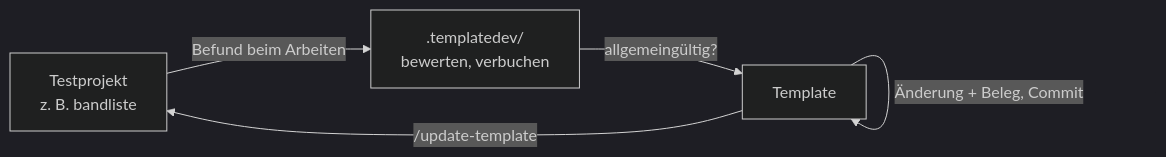
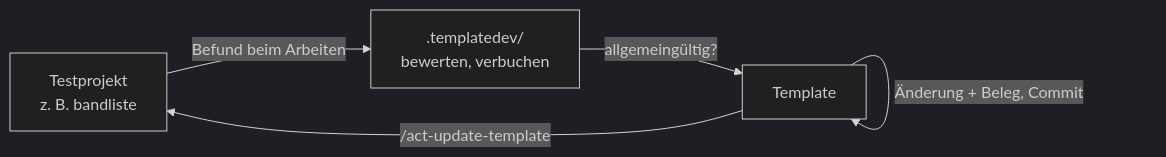
Before and after one commit to wrufeger/agentic-coding-template: the diagram in .templatedev/regeln.md, drawn with Mermaid (dark theme). The commit also changed other lines of this file and 85 other files, not shown here.

````diff
--- a/.templatedev/regeln.md
+++ b/.templatedev/regeln.md
@@ -21,7 +21,7 @@
 ```mermaid
 flowchart LR
     T[Testprojekt<br/>z. B. bandliste] -->|Befund beim Arbeiten| D[".templatedev/<br/>bewerten, verbuchen"]
     D -->|allgemeingültig?| P[Template]
     P -->|Änderung + Beleg, Commit| P
-    P -->|/update-template| T
+    P -->|/act-update-template| T
 ```
````
